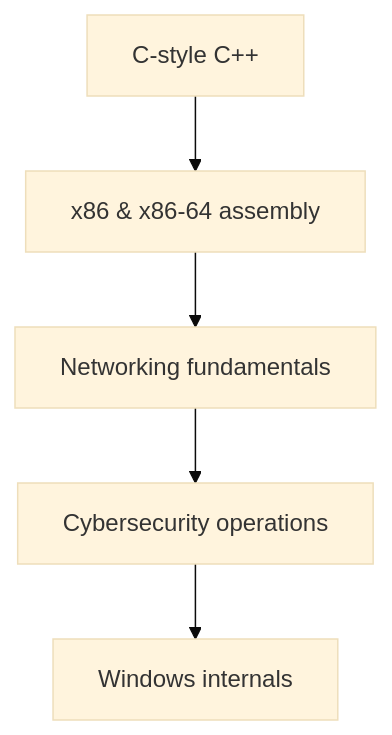
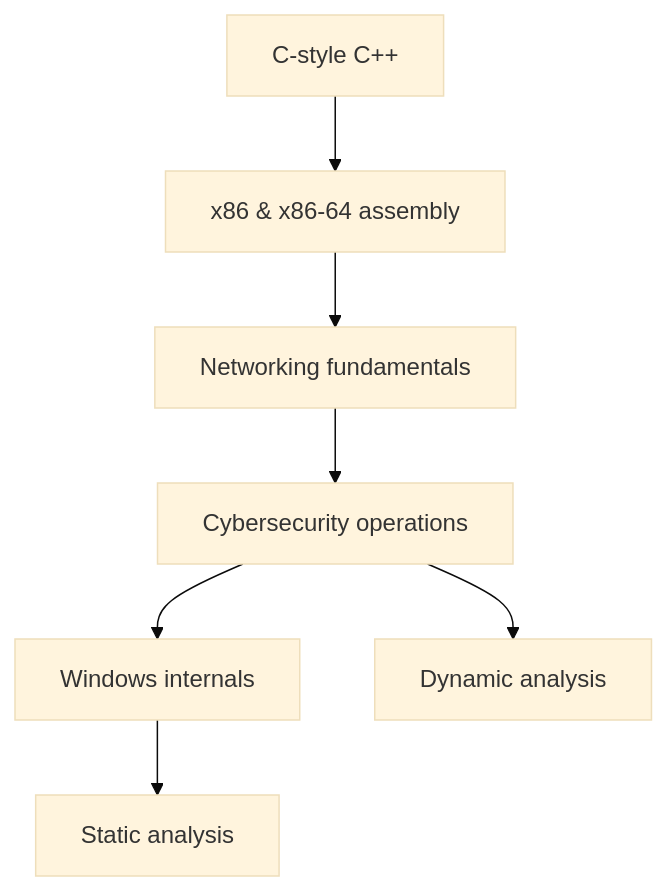
The diagram in readme.md (grimy86/CCI25), drawn with Mermaid (base theme) before and after one commit.

````diff
--- a/readme.md
+++ b/readme.md
@@ -13,7 +13,9 @@
 ```mermaid
 graph TD;
 	cpp[C-style C++] --> x86-64[x86 & x86-64 assembly]
 	x86-64 --> nf[Networking fundamentals]
     nf --> csec[Cybersecurity operations]
 	csec --> winint[Windows internals]
+	csec --> da[Dynamic analysis]
+	winint --> sa[Static analysis]
 ```
````
